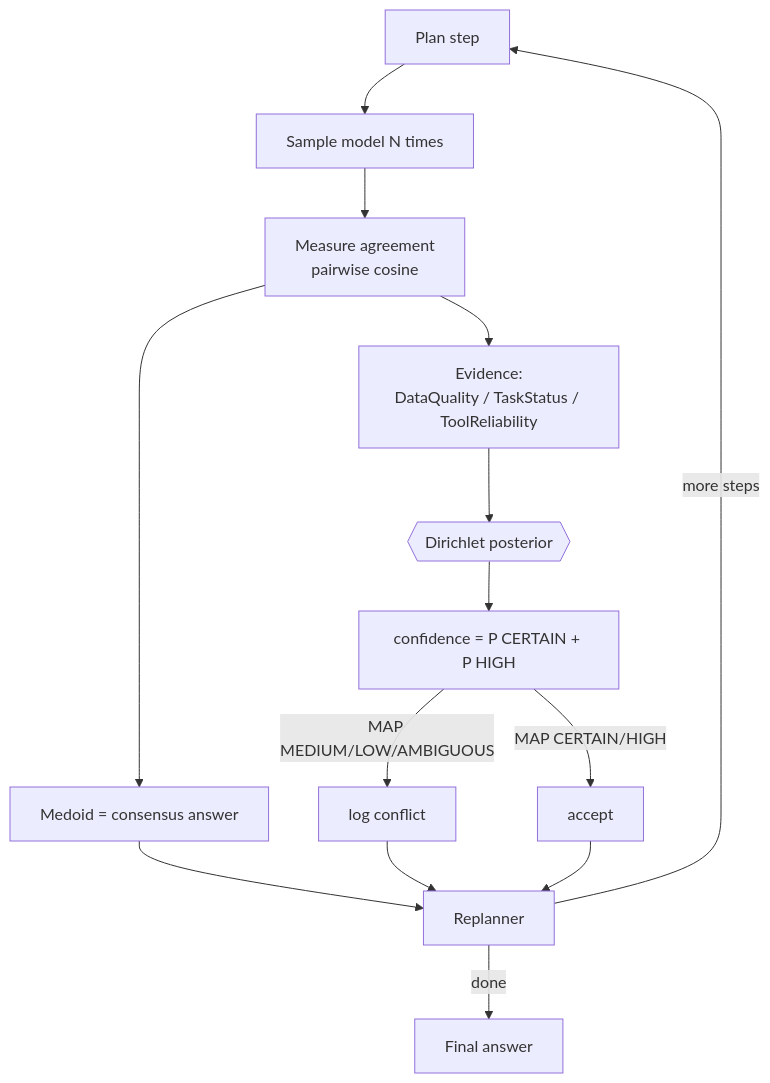
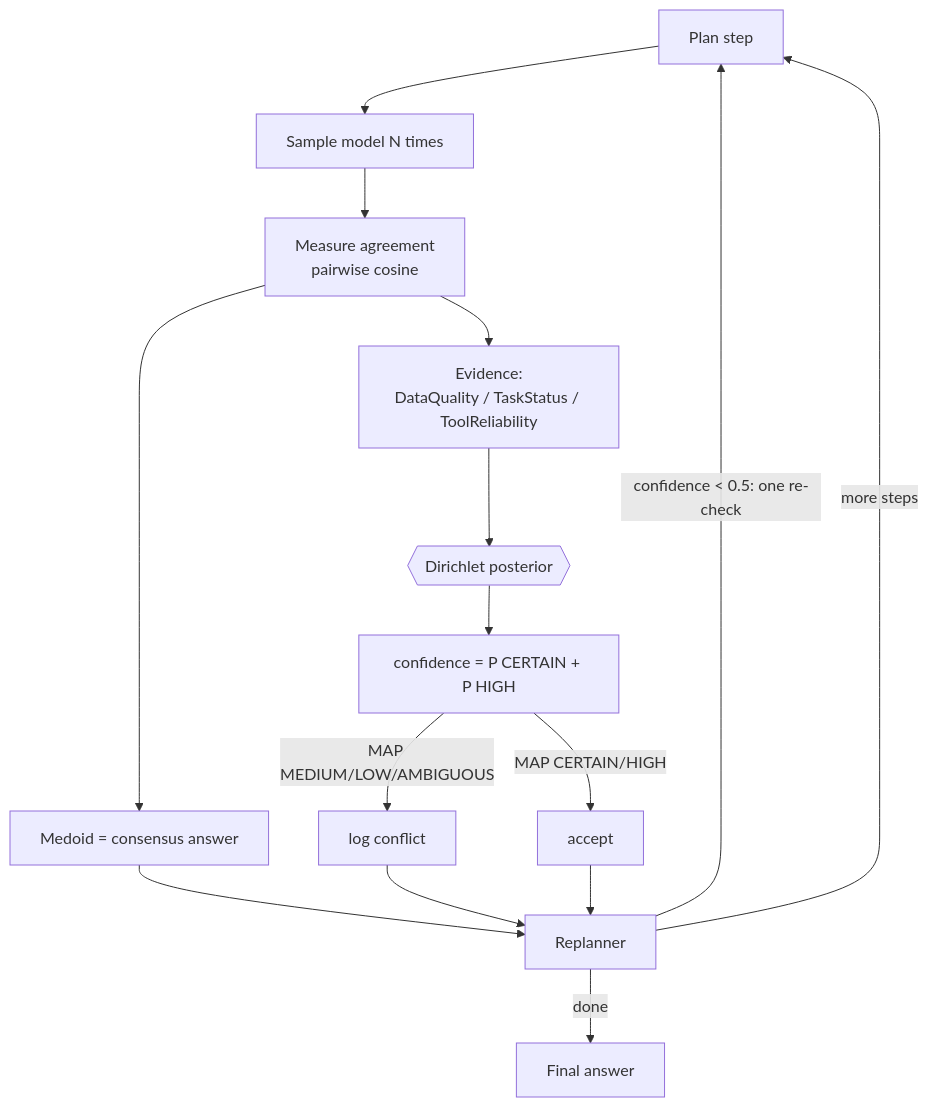
The diagram in docs/EXECUTION_MODEL.md (linuteresa/bayes-execution-engine), drawn with Mermaid before and after one commit. The commit also changed other lines of this file and 17 other files, not shown here.

````diff
--- a/docs/EXECUTION_MODEL.md
+++ b/docs/EXECUTION_MODEL.md
@@ -10,16 +10,17 @@
 ```mermaid
 flowchart TD
     STEP[Plan step] --> SAMPLE[Sample model N times]
     SAMPLE --> AGREE[Measure agreement<br/>pairwise cosine]
     AGREE --> MEDOID[Medoid = consensus answer]
     AGREE --> EVID[Evidence:<br/>DataQuality / TaskStatus / ToolReliability]
     EVID --> BAYES{{Dirichlet posterior}}
     BAYES --> CONF[confidence = P CERTAIN + P HIGH]
     CONF -->|MAP MEDIUM/LOW/AMBIGUOUS| CONFLICT[log conflict]
     CONF -->|MAP CERTAIN/HIGH| ACCEPT[accept]
     MEDOID --> REPLAN[Replanner]
     CONFLICT --> REPLAN
     ACCEPT --> REPLAN
+    REPLAN -->|confidence < 0.5: one re-check| STEP
     REPLAN -->|more steps| STEP
     REPLAN -->|done| FINAL[Final answer]
 ```
````
